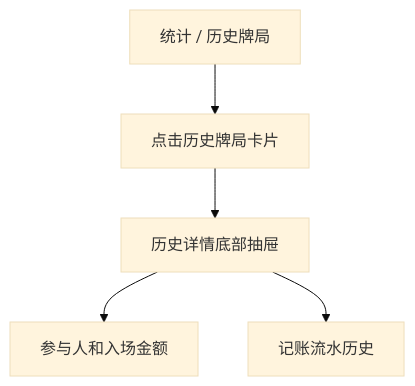
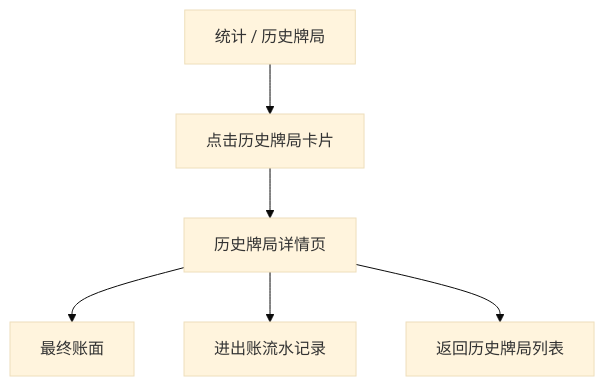
Before and after one commit to wrc99817/MahjongApp: the fifth of 5 diagrams in prototype/PROTOTYPE_DEV_SPEC.md, drawn with Mermaid (base theme). The commit also changed other lines of this file and 12 other files, not shown here.

````diff
--- a/prototype/PROTOTYPE_DEV_SPEC.md
+++ b/prototype/PROTOTYPE_DEV_SPEC.md
@@ -275,7 +356,8 @@
 ```mermaid
 flowchart TD
   History["统计 / 历史牌局"] --> Card["点击历史牌局卡片"]
-  Card --> Drawer["历史详情底部抽屉"]
-  Drawer --> Players["参与人和入场金额"]
-  Drawer --> Flow["记账流水历史"]
+  Card --> DetailPage["历史牌局详情页"]
+  DetailPage --> FinalBalance["最终账面"]
+  DetailPage --> Flow["进出账流水记录"]
+  DetailPage --> BackHistory["返回历史牌局列表"]
 ```
````
